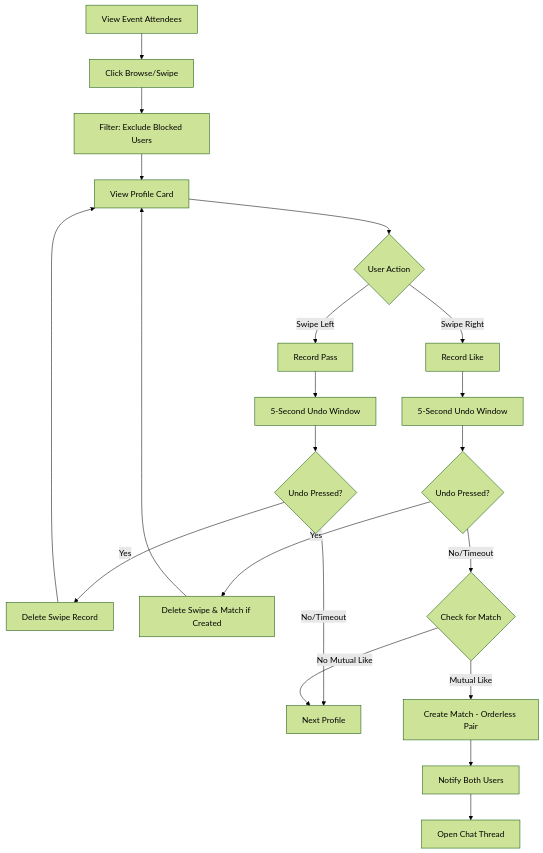
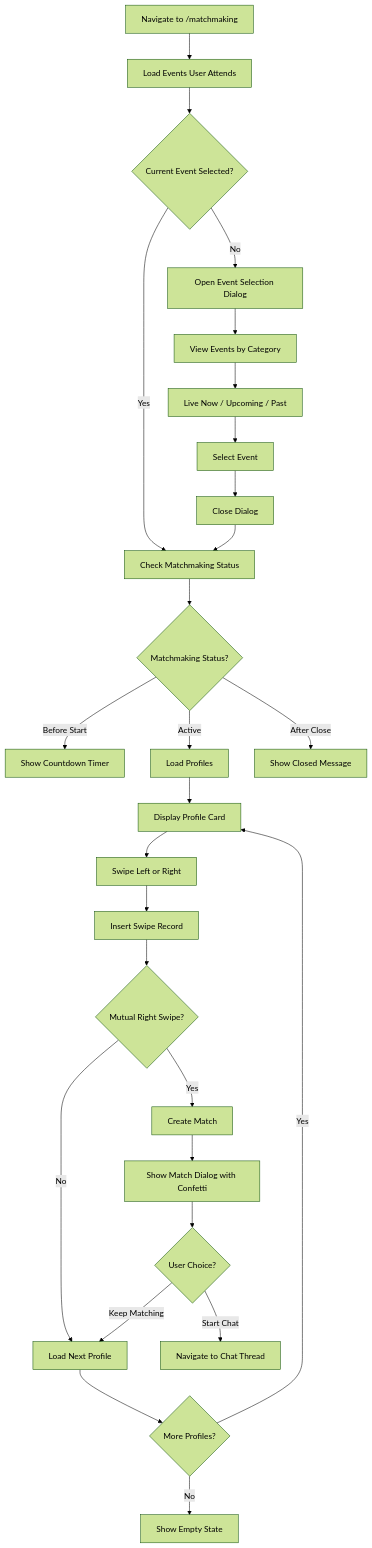
One commit to ketochiesesoyyo/konfetti-capacitor-integration changed the seventh of 12 diagrams in PRODUCT_REQUIREMENTS_DOCUMENT.md. Above: the diagram before and after it, drawn with Mermaid (forest theme). The commit also changed other lines of this file, not shown here.

````diff
--- a/PRODUCT_REQUIREMENTS_DOCUMENT.md
+++ b/PRODUCT_REQUIREMENTS_DOCUMENT.md
@@ -1222,23 +3338,29 @@
 ```mermaid
 graph TD
-    A[View Event Attendees] --> B[Click Browse/Swipe]
-    B --> C[Filter: Exclude Blocked Users]
-    C --> D[View Profile Card]
-    D --> E{User Action}
-    E --> |Swipe Left| F[Record Pass]
-    E --> |Swipe Right| G[Record Like]
-    F --> H[5-Second Undo Window]
-    G --> I[5-Second Undo Window]
-    H --> J{Undo Pressed?}
-    I --> K{Undo Pressed?}
-    J --> |Yes| L[Delete Swipe Record]
-    K --> |Yes| M[Delete Swipe & Match if Created]
-    L --> D
-    M --> D
-    J --> |No/Timeout| N[Next Profile]
-    K --> |No/Timeout| O{Check for Match}
-    O --> |No Mutual Like| N
-    O --> |Mutual Like| P[Create Match - Orderless Pair]
-    P --> Q[Notify Both Users]
-    Q --> R[Open Chat Thread]
+    A[Navigate to /matchmaking] --> B[Load Events User Attends]
+    B --> C{Current Event Selected?}
+    C -->|No| D[Open Event Selection Dialog]
+    D --> E[View Events by Category]
+    E --> F[Live Now / Upcoming / Past]
+    F --> G[Select Event]
+    G --> H[Close Dialog]
+    C -->|Yes| I[Check Matchmaking Status]
+    H --> I
+    I --> J{Matchmaking Status?}
+    J -->|Before Start| K[Show Countdown Timer]
+    J -->|Active| L[Load Profiles]
+    J -->|After Close| M[Show Closed Message]
+    L --> N[Display Profile Card]
+    N --> O[Swipe Left or Right]
+    O --> P[Insert Swipe Record]
+    P --> Q{Mutual Right Swipe?}
+    Q -->|Yes| R[Create Match]
+    Q -->|No| S[Load Next Profile]
+    R --> T[Show Match Dialog with Confetti]
+    T --> U{User Choice?}
+    U -->|Start Chat| V[Navigate to Chat Thread]
+    U -->|Keep Matching| S
+    S --> W{More Profiles?}
+    W -->|Yes| N
+    W -->|No| X[Show Empty State]
 ```
````
